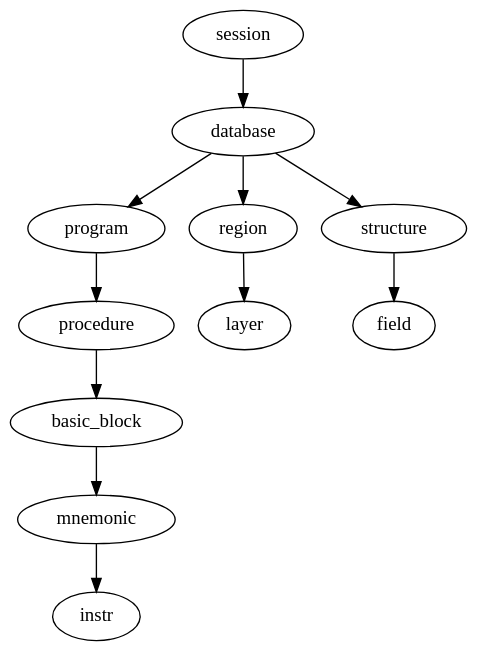
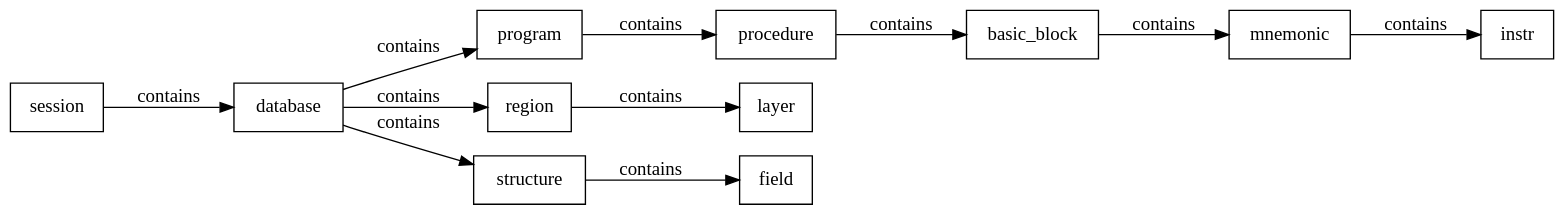
One commit to das-labor/panopticon changed the diagram in doc/internals.rst. Above: the diagram before and after it, drawn with Graphviz. The commit also changed other lines of this file, not shown here.

Commit message:
doc: nicer interaction graph

```diff
--- a/doc/internals.rst
+++ b/doc/internals.rst
@@ -18,15 +18,17 @@
 .. graphviz::
 
   digraph G {
+      rankdir=LR
       graph [bgcolor="transparent"]
-      session -> database;
-      database -> program;
-      program -> procedure;
-      procedure -> basic_block;
-      basic_block -> mnemonic;
-      mnemonic -> instr;
-      database -> region;
-      region -> layer;
-      database -> structure;
-      structure -> field;
+      node [shape=rect]
+      session -> database [label="contains"]
+      database -> program [label="contains"]
+      program -> procedure [label="contains"]
+      procedure -> basic_block [label="contains"]
+      basic_block -> mnemonic [label="contains"]
+      mnemonic -> instr [label="contains"]
+      database -> region [label="contains"]
+      region -> layer [label="contains"]
+      database -> structure [label="contains"]
+      structure -> field [label="contains"]
   }
```
